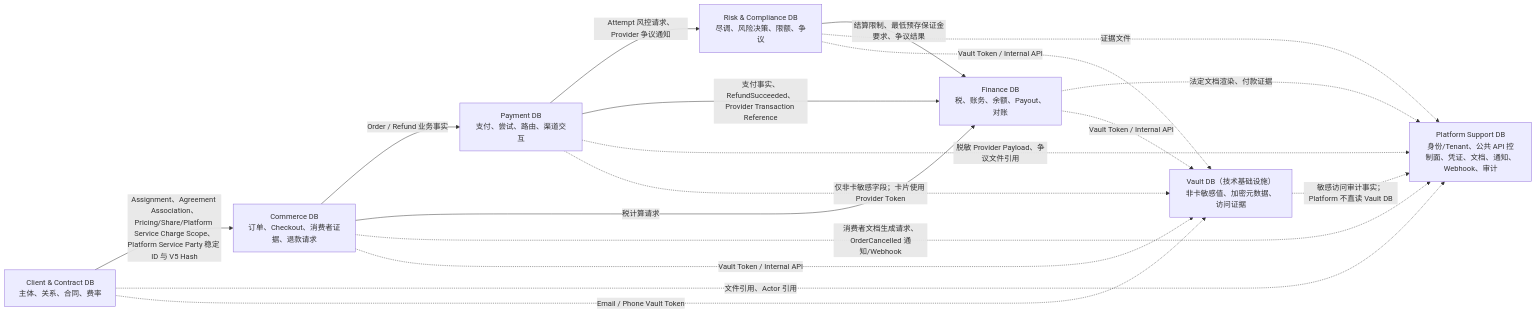
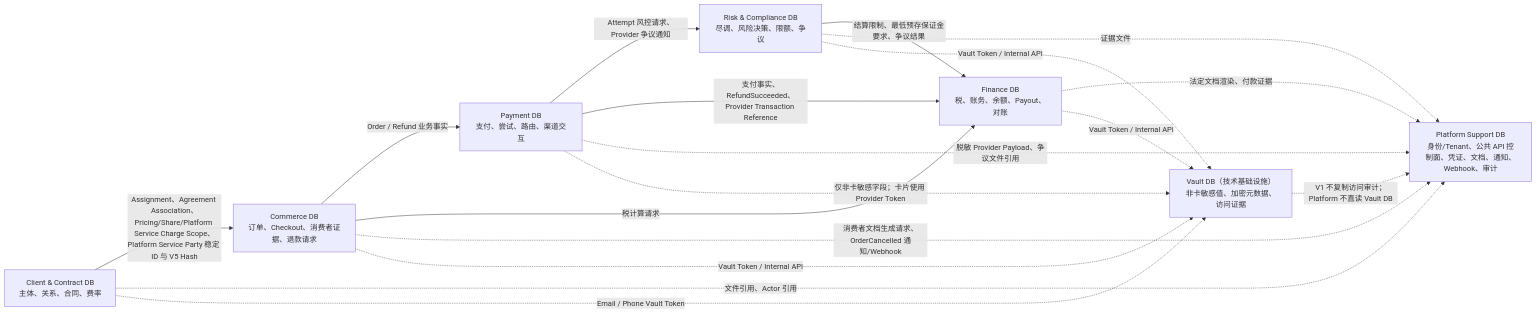
One commit to kenny0924/paytech changed the first of 4 diagrams in agent-docs/database/README.md. Above: the diagram before and after it, drawn with Mermaid. The commit also changed other lines of this file and 63 other files, not shown here.

````diff
--- a/agent-docs/database/README.md
+++ b/agent-docs/database/README.md
@@ -33,28 +28,28 @@
 ```mermaid
 flowchart LR
     CCT["Client & Contract DB\n主体、关系、合同、费率"]
     COM["Commerce DB\n订单、Checkout、消费者证据、退款请求"]
     PAY["Payment DB\n支付、尝试、路由、渠道交互"]
     RISK["Risk & Compliance DB\n尽调、风险决策、限额、争议"]
     FIN["Finance DB\n税、账务、余额、Payout、对账"]
     SUP["Platform Support DB\n身份/Tenant、公共 API 控制面、凭证、文档、通知、Webhook、审计"]
     VAULT["Vault DB（技术基础设施）\n非卡敏感值、加密元数据、访问证据"]
 
     CCT -->|"Assignment、Agreement Association、Pricing/Share/Platform Service Charge Scope、Platform Service Party 稳定 ID 与 V5 Hash"| COM
     COM -->|"Order / Refund 业务事实"| PAY
     PAY -->|"Attempt 风控请求、Provider 争议通知"| RISK
     COM -->|"税计算请求"| FIN
     PAY -->|"支付事实、RefundSucceeded、Provider Transaction Reference"| FIN
     RISK -->|"结算限制、最低预存保证金要求、争议结果"| FIN
     CCT -.->|"文件引用、Actor 引用"| SUP
     COM -.->|"消费者文档生成请求、OrderCancelled 通知/Webhook"| SUP
     RISK -.->|"证据文件"| SUP
     FIN -.->|"法定文档渲染、付款证据"| SUP
     PAY -.->|"脱敏 Provider Payload、争议文件引用"| SUP
     CCT -.->|"Email / Phone Vault Token"| VAULT
     COM -.->|"Vault Token / Internal API"| VAULT
     PAY -.->|"仅非卡敏感字段；卡片使用 Provider Token"| VAULT
     RISK -.->|"Vault Token / Internal API"| VAULT
     FIN -.->|"Vault Token / Internal API"| VAULT
-    VAULT -.->|"敏感访问审计事实；Platform 不直读 Vault DB"| SUP
+    VAULT -.->|"V1 不复制访问审计；Platform 不直读 Vault DB"| SUP
 ```
````
